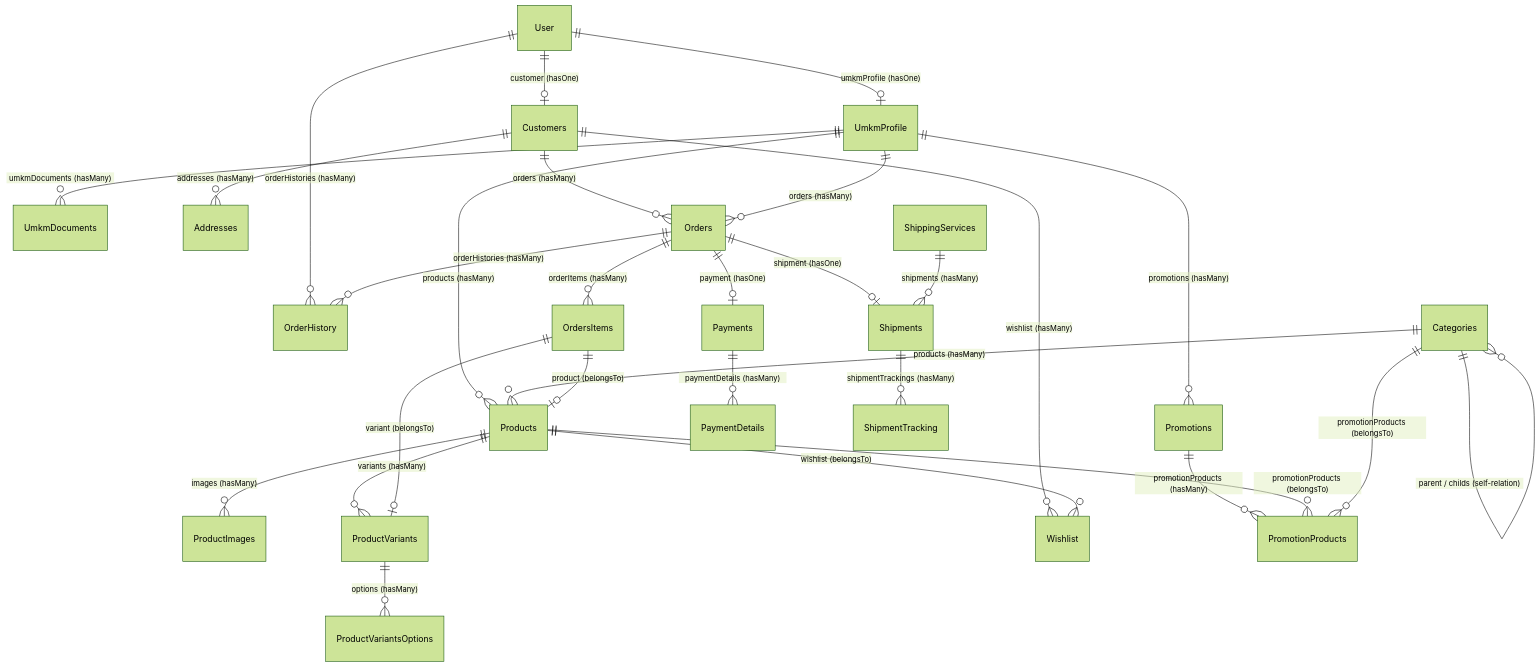
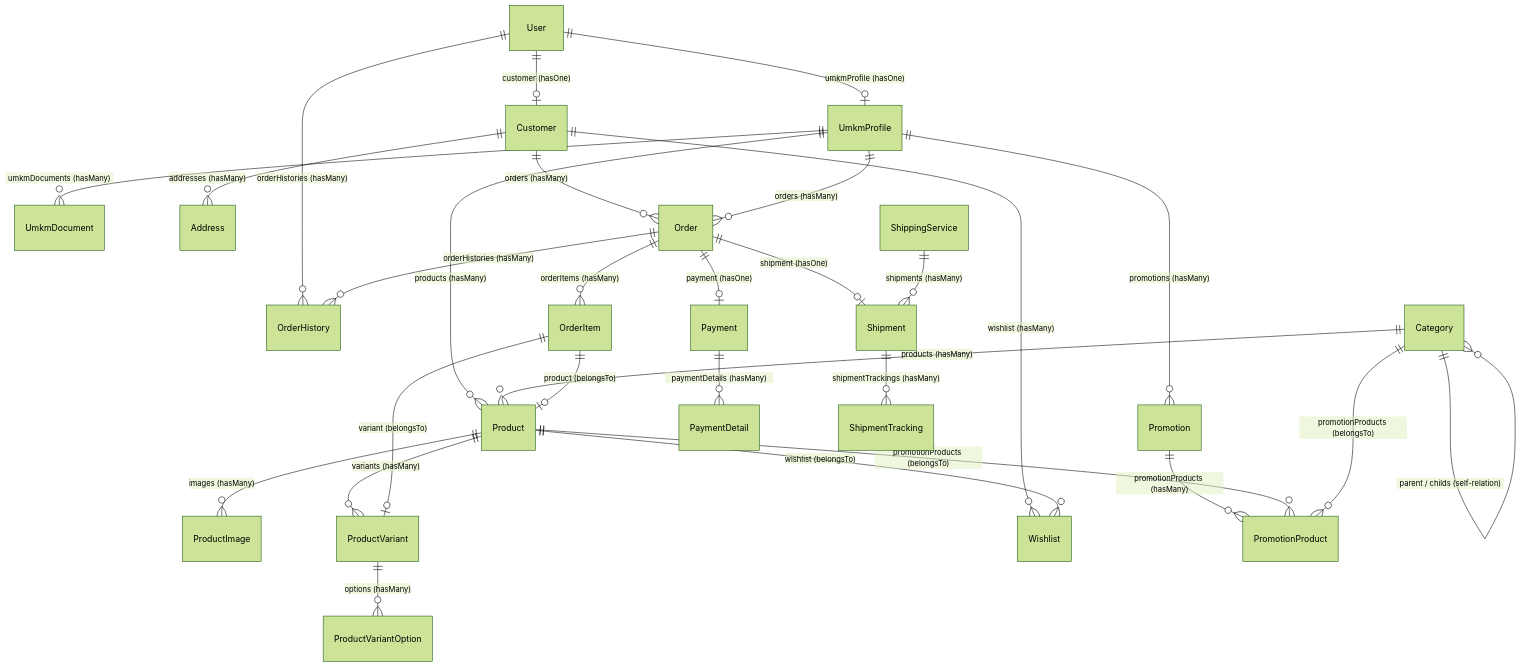
Before and after one commit to JarJel/BUMDESMart: the first of 4 diagrams in diagram_relasi_model.md, drawn with Mermaid (forest theme). The commit also changed other lines of this file and 29 other files, not shown here.

````diff
--- a/diagram_relasi_model.md
+++ b/diagram_relasi_model.md
@@ -11,41 +11,41 @@
 ```mermaid
 erDiagram
     %% Hubungan User & Profiling
     User ||--o| UmkmProfile : "umkmProfile (hasOne)"
-    User ||--o| Customers : "customer (hasOne)"
+    User ||--o| Customer : "customer (hasOne)"
     User ||--o{ OrderHistory : "orderHistories (hasMany)"
-    UmkmProfile ||--o{ UmkmDocuments : "umkmDocuments (hasMany)"
-    Customers ||--o{ Addresses : "addresses (hasMany)"
+    UmkmProfile ||--o{ UmkmDocument : "umkmDocuments (hasMany)"
+    Customer ||--o{ Address : "addresses (hasMany)"
 
     %% Hubungan Katalog Produk & Promosi
-    UmkmProfile ||--o{ Products : "products (hasMany)"
-    Categories ||--o{ Products : "products (hasMany)"
-    Categories ||--o{ Categories : "parent / childs (self-relation)"
-    Products ||--o{ ProductImages : "images (hasMany)"
-    Products ||--o{ ProductVariants : "variants (hasMany)"
-    ProductVariants ||--o{ ProductVariantsOptions : "options (hasMany)"
+    UmkmProfile ||--o{ Product : "products (hasMany)"
+    Category ||--o{ Product : "products (hasMany)"
+    Category ||--o{ Category : "parent / childs (self-relation)"
+    Product ||--o{ ProductImage : "images (hasMany)"
+    Product ||--o{ ProductVariant : "variants (hasMany)"
+    ProductVariant ||--o{ ProductVariantOption : "options (hasMany)"
     
-    Customers ||--o{ Wishlist : "wishlist (hasMany)"
-    Products ||--o{ Wishlist : "wishlist (belongsTo)"
+    Customer ||--o{ Wishlist : "wishlist (hasMany)"
+    Product ||--o{ Wishlist : "wishlist (belongsTo)"
     
-    UmkmProfile ||--o{ Promotions : "promotions (hasMany)"
-    Promotions ||--o{ PromotionProducts : "promotionProducts (hasMany)"
-    Products ||--o{ PromotionProducts : "promotionProducts (belongsTo)"
-    Categories ||--o{ PromotionProducts : "promotionProducts (belongsTo)"
+    UmkmProfile ||--o{ Promotion : "promotions (hasMany)"
+    Promotion ||--o{ PromotionProduct : "promotionProducts (hasMany)"
+    Product ||--o{ PromotionProduct : "promotionProducts (belongsTo)"
+    Category ||--o{ PromotionProduct : "promotionProducts (belongsTo)"
 
     %% Hubungan Transaksi, Pembayaran & Pengiriman
-    Customers ||--o{ Orders : "orders (hasMany)"
-    UmkmProfile ||--o{ Orders : "orders (hasMany)"
+    Customer ||--o{ Order : "orders (hasMany)"
+    UmkmProfile ||--o{ Order : "orders (hasMany)"
     
-    Orders ||--o{ OrderHistory : "orderHistories (hasMany)"
-    Orders ||--o{ OrdersItems : "orderItems (hasMany)"
-    OrdersItems ||--o| Products : "product (belongsTo)"
-    OrdersItems ||--o| ProductVariants : "variant (belongsTo)"
+    Order ||--o{ OrderHistory : "orderHistories (hasMany)"
+    Order ||--o{ OrderItem : "orderItems (hasMany)"
+    OrderItem ||--o| Product : "product (belongsTo)"
+    OrderItem ||--o| ProductVariant : "variant (belongsTo)"
     
-    Orders ||--o| Payments : "payment (hasOne)"
-    Payments ||--o{ PaymentDetails : "paymentDetails (hasMany)"
+    Order ||--o| Payment : "payment (hasOne)"
+    Payment ||--o{ PaymentDetail : "paymentDetails (hasMany)"
     
-    Orders ||--o| Shipments : "shipment (hasOne)"
-    ShippingServices ||--o{ Shipments : "shipments (hasMany)"
-    Shipments ||--o{ ShipmentTracking : "shipmentTrackings (hasMany)"
+    Order ||--o| Shipment : "shipment (hasOne)"
+    ShippingService ||--o{ Shipment : "shipments (hasMany)"
+    Shipment ||--o{ ShipmentTracking : "shipmentTrackings (hasMany)"
 ```
````
